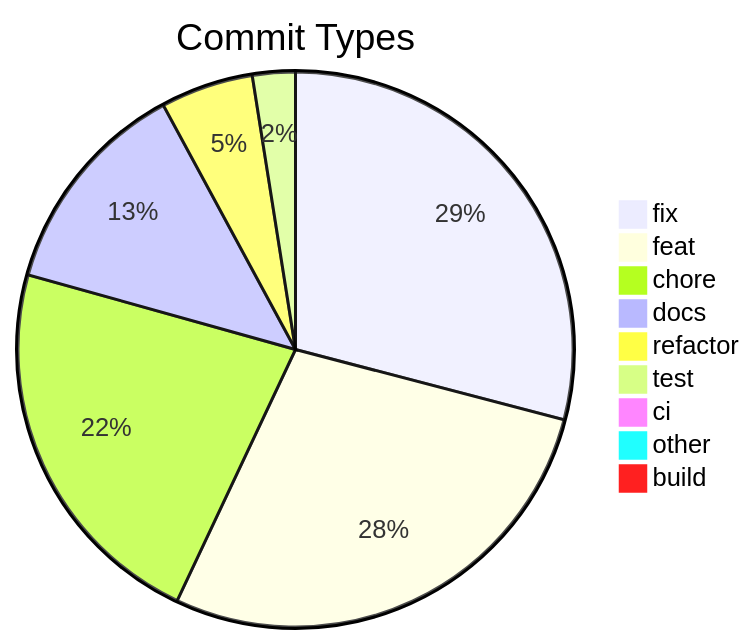
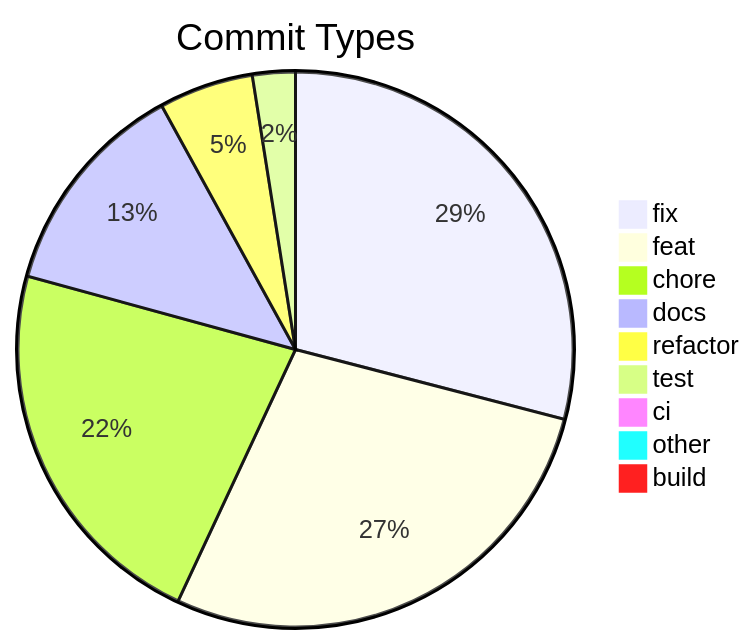
One commit to svenroth-ai/shipwright changed the diagram in .shipwright/compliance/change-history.md. Above: the diagram before and after it, drawn with Mermaid. The commit also changed other lines of this file and 26 other files, not shown here.

````diff
--- a/.shipwright/compliance/change-history.md
+++ b/.shipwright/compliance/change-history.md
@@ -8,12 +8,12 @@
 ```mermaid
 pie title Commit Types
     "fix" : 280
     "feat" : 269
     "chore" : 215
     "docs" : 123
-    "refactor" : 52
+    "refactor" : 53
     "test" : 24
     "ci" : 7
     "other" : 7
     "build" : 1
 ```
````
